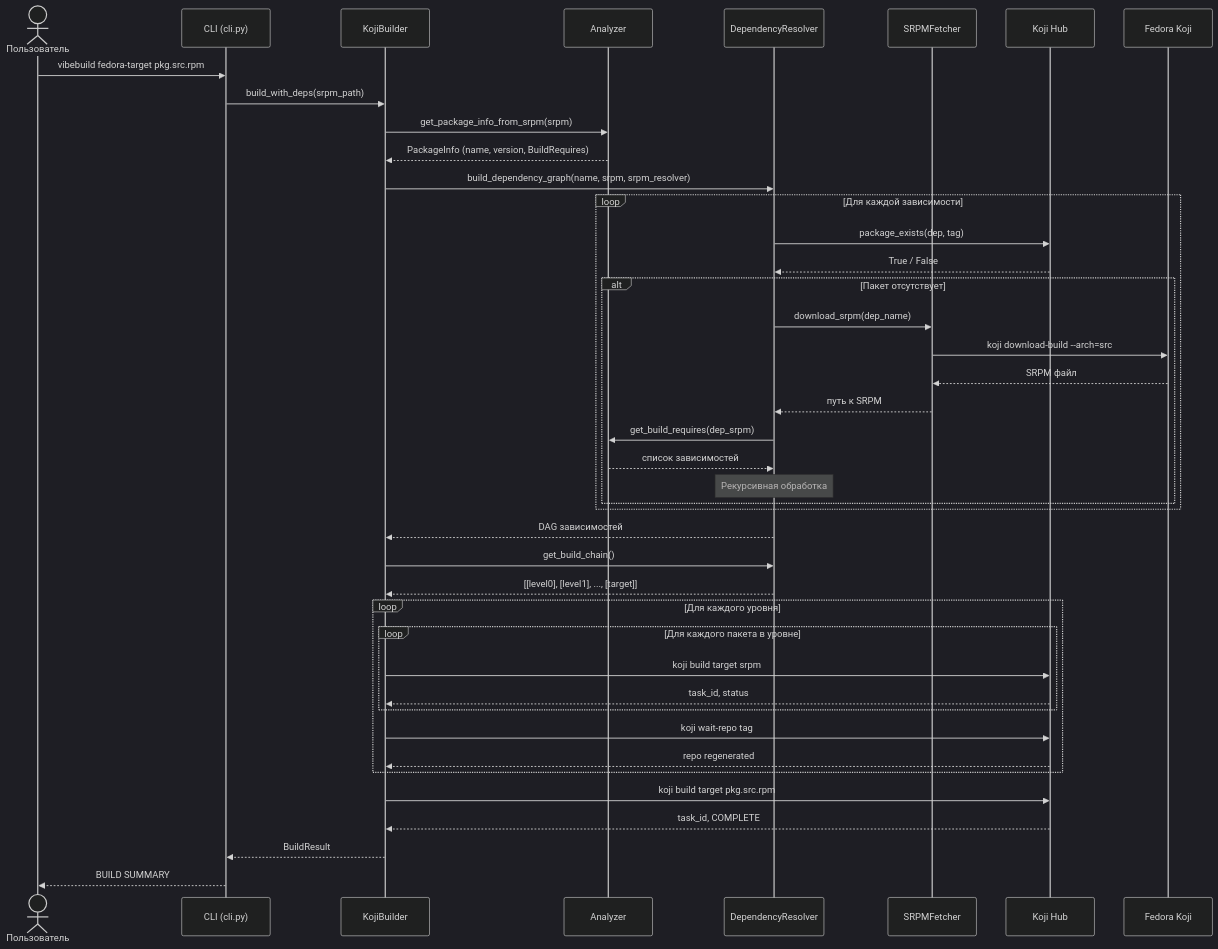
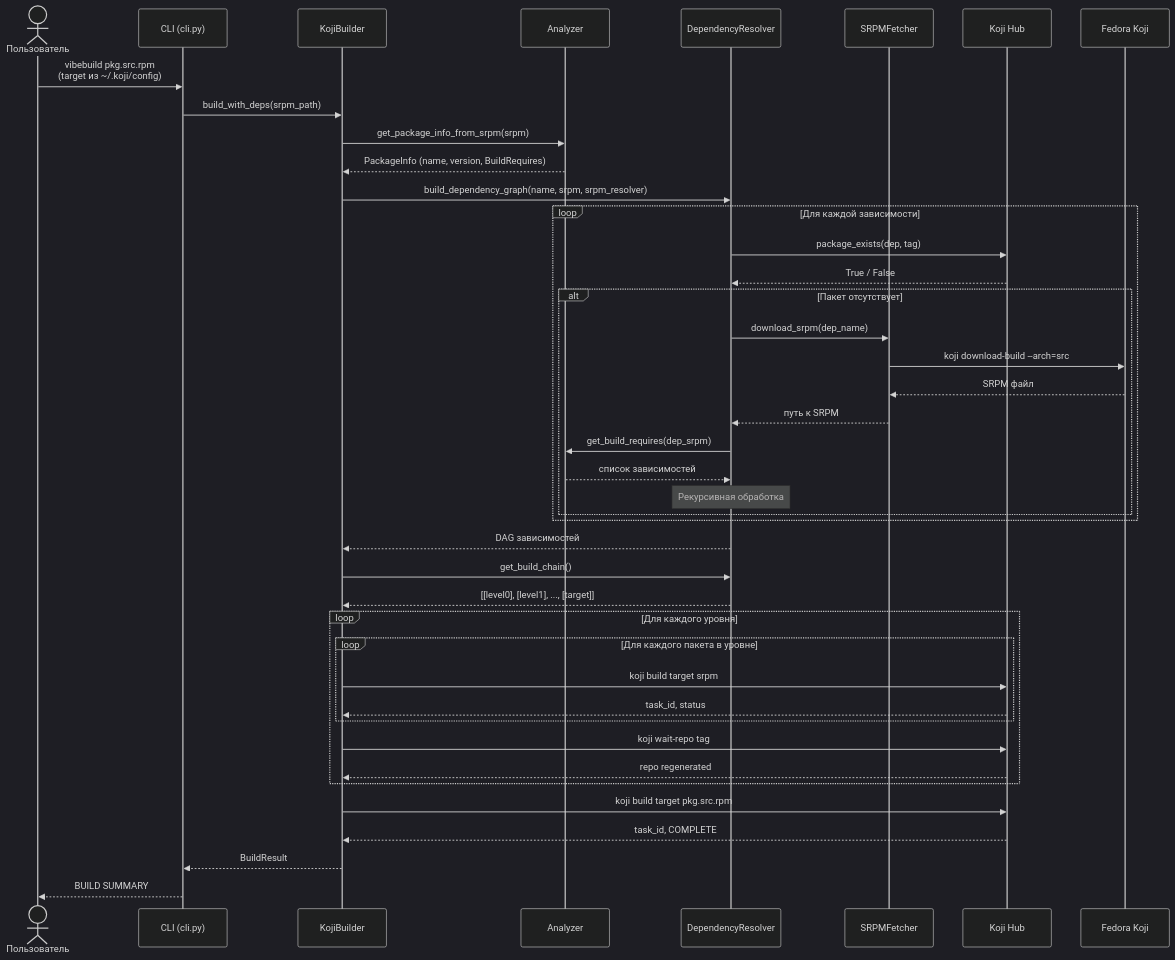
Diagram 11 of 17 in docs/PROJECT_OVERVIEW.md (ssokkol/koji-vibebuild), drawn with Mermaid (dark theme) before and after one commit. The commit also changed other lines of this file and 6 other files, not shown here.

First line of the commit message:
docs: update docs and CLI for single-argument vibebuild syntax

````diff
--- a/docs/PROJECT_OVERVIEW.md
+++ b/docs/PROJECT_OVERVIEW.md
@@ -462,54 +462,54 @@
 ```mermaid
 sequenceDiagram
     actor User as Пользователь
     participant CLI as CLI (cli.py)
     participant Builder as KojiBuilder
     participant Analyzer as Analyzer
     participant Resolver as DependencyResolver
     participant Fetcher as SRPMFetcher
     participant Koji as Koji Hub
     participant FKoji as Fedora Koji
 
-    User->>CLI: vibebuild fedora-target pkg.src.rpm
+    User->>CLI: vibebuild pkg.src.rpm<br/>(target из ~/.koji/config)
     CLI->>Builder: build_with_deps(srpm_path)
 
     Builder->>Analyzer: get_package_info_from_srpm(srpm)
     Analyzer-->>Builder: PackageInfo (name, version, BuildRequires)
 
     Builder->>Resolver: build_dependency_graph(name, srpm, srpm_resolver)
 
     loop Для каждой зависимости
         Resolver->>Koji: package_exists(dep, tag)
         Koji-->>Resolver: True / False
 
         alt Пакет отсутствует
             Resolver->>Fetcher: download_srpm(dep_name)
             Fetcher->>FKoji: koji download-build --arch=src
             FKoji-->>Fetcher: SRPM файл
             Fetcher-->>Resolver: путь к SRPM
 
             Resolver->>Analyzer: get_build_requires(dep_srpm)
             Analyzer-->>Resolver: список зависимостей
             Note over Resolver: Рекурсивная обработка
         end
     end
 
     Resolver-->>Builder: DAG зависимостей
 
     Builder->>Resolver: get_build_chain()
     Resolver-->>Builder: [[level0], [level1], ..., [target]]
 
     loop Для каждого уровня
         loop Для каждого пакета в уровне
             Builder->>Koji: koji build target srpm
             Koji-->>Builder: task_id, status
         end
         Builder->>Koji: koji wait-repo tag
         Koji-->>Builder: repo regenerated
     end
 
     Builder->>Koji: koji build target pkg.src.rpm
     Koji-->>Builder: task_id, COMPLETE
     Builder-->>CLI: BuildResult
     CLI-->>User: BUILD SUMMARY
 ```
````
